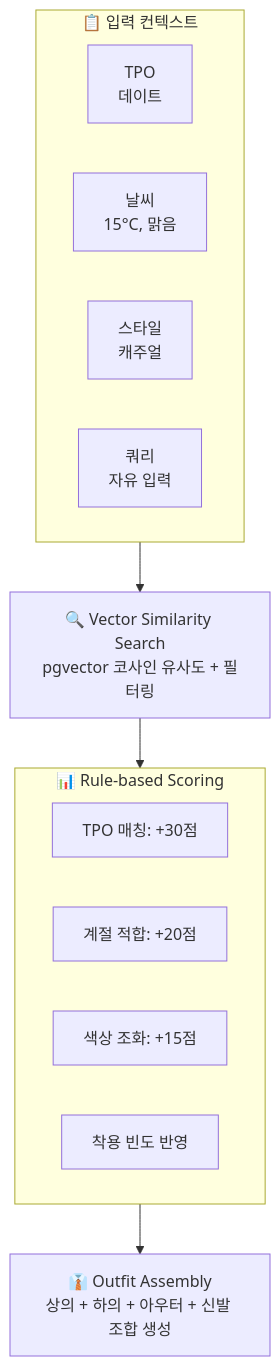
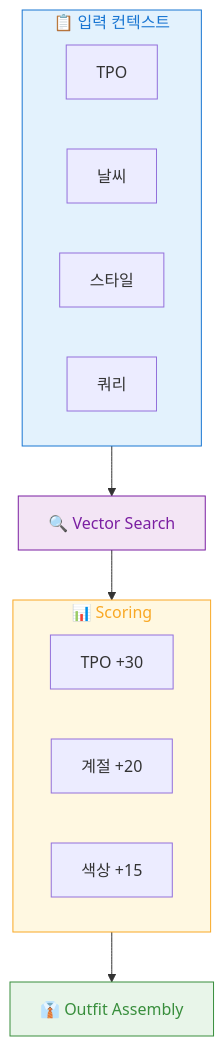
One commit to ForgingWeapon-JG11-Team4/closzIT changed the third of 4 diagrams in README.md. Above: the diagram before and after it, drawn with Mermaid. The commit also changed other lines of this file, not shown here.

Commit message:
docs: Mermaid 다이어그램 스타일 개선 - 색상 추가

````diff
--- a/README.md
+++ b/README.md
@@ -197,24 +204,27 @@
 ```mermaid
 flowchart TD
     subgraph Context["📋 입력 컨텍스트"]
-        TPO["TPO<br/>데이트"]
-        Weather["날씨<br/>15°C, 맑음"]
-        Style["스타일<br/>캐주얼"]
-        Query["쿼리<br/>자유 입력"]
+        direction LR
+        TPO["TPO"]
+        Weather["날씨"]
+        Style["스타일"]
+        Query["쿼리"]
     end
 
-    Context --> VectorSearch
-
-    VectorSearch["🔍 Vector Similarity Search<br/>pgvector 코사인 유사도 + 필터링"]
-    
+    Context --> VectorSearch["🔍 Vector Search"]
     VectorSearch --> Scoring
 
-    subgraph Scoring["📊 Rule-based Scoring"]
-        Score1["TPO 매칭: +30점"]
-        Score2["계절 적합: +20점"]
-        Score3["색상 조화: +15점"]
-        Score4["착용 빈도 반영"]
+    subgraph Scoring["📊 Scoring"]
+        direction LR
+        S1["TPO +30"]
+        S2["계절 +20"]
+        S3["색상 +15"]
     end
 
-    Scoring --> Assembly["👔 Outfit Assembly<br/>상의 + 하의 + 아우터 + 신발 조합 생성"]
+    Scoring --> Assembly["👔 Outfit Assembly"]
+
+    style Context fill:#e3f2fd,stroke:#1976d2,color:#1976d2
+    style VectorSearch fill:#f3e5f5,stroke:#7b1fa2,color:#7b1fa2
+    style Scoring fill:#fff8e1,stroke:#f9a825,color:#f9a825
+    style Assembly fill:#e8f5e9,stroke:#388e3c,color:#388e3c
 ```
````
